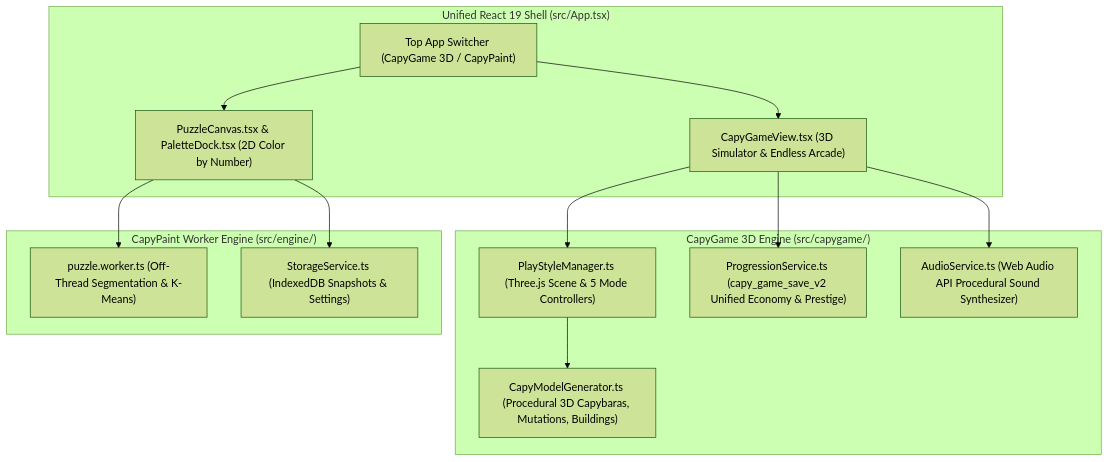
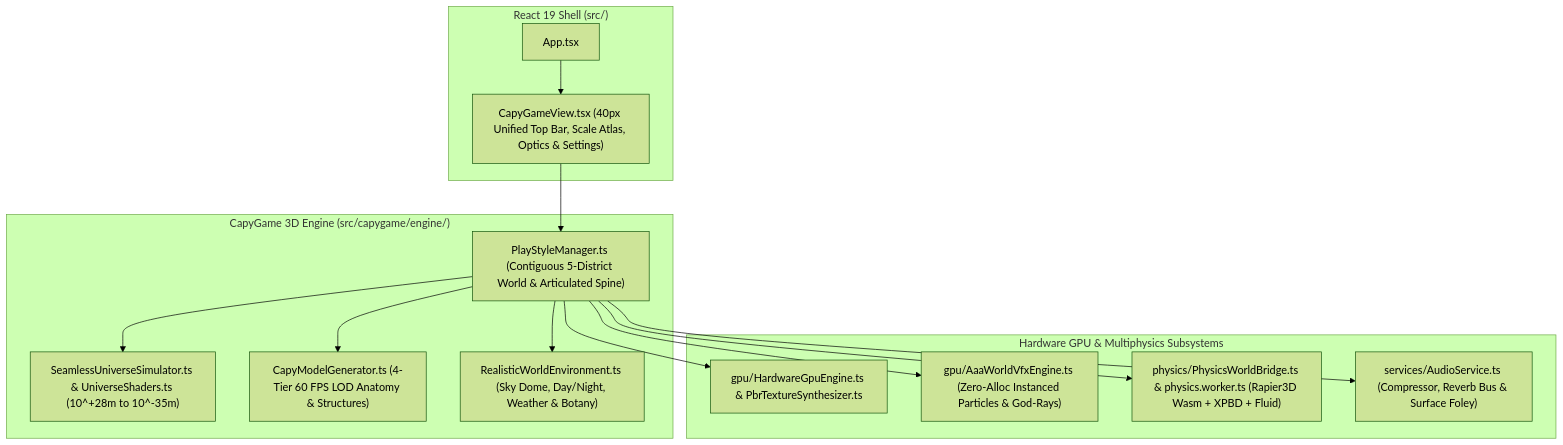
Before and after one commit to shthed/capygame: the diagram in README.md, drawn with Mermaid (forest theme). The commit also changed other lines of this file and 189 other files, not shown here.

````diff
--- a/README.md
+++ b/README.md
@@ -66,29 +48,31 @@
 ```mermaid
 graph TD
-  subgraph AppShell["Unified React 19 Shell (src/App.tsx)"]
-    SwitchBar["Top App Switcher (CapyGame 3D / CapyPaint)"]
-    GameView["CapyGameView.tsx (3D Simulator & Endless Arcade)"]
-    PaintView["PuzzleCanvas.tsx & PaletteDock.tsx (2D Color by Number)"]
+  subgraph ReactShell["React 19 Shell (src/)"]
+    App["App.tsx"]
+    View["CapyGameView.tsx (40px Unified Top Bar, Scale Atlas, Optics & Settings)"]
   end
 
-  subgraph CapyGameEngine["CapyGame 3D Engine (src/capygame/)"]
-    PSM["PlayStyleManager.ts (Three.js Scene & 5 Mode Controllers)"]
-    CMG["CapyModelGenerator.ts (Procedural 3D Capybaras, Mutations, Buildings)"]
-    PROG["ProgressionService.ts (capy_game_save_v2 Unified Economy & Prestige)"]
-    AUDIO["AudioService.ts (Web Audio API Procedural Sound Synthesizer)"]
+  subgraph EngineCore["CapyGame 3D Engine (src/capygame/engine/)"]
+    PSM["PlayStyleManager.ts (Contiguous 5-District World & Articulated Spine)"]
+    SUS["SeamlessUniverseSimulator.ts & UniverseShaders.ts (10^+28m to 10^-35m)"]
+    CMG["CapyModelGenerator.ts (4-Tier 60 FPS LOD Anatomy & Structures)"]
+    RWE["RealisticWorldEnvironment.ts (Sky Dome, Day/Night, Weather & Botany)"]
   end
 
-  subgraph CapyPaintEngine["CapyPaint Worker Engine (src/engine/)"]
-    PW["puzzle.worker.ts (Off-Thread Segmentation & K-Means)"]
-    SS["StorageService.ts (IndexedDB Snapshots & Settings)"]
+  subgraph GpuAndPhysics["Hardware GPU & Multiphysics Subsystems"]
+    GPU["gpu/HardwareGpuEngine.ts & PbrTextureSynthesizer.ts"]
+    VFX["gpu/AaaWorldVfxEngine.ts (Zero-Alloc Instanced Particles & God-Rays)"]
+    PHYS["physics/PhysicsWorldBridge.ts & physics.worker.ts (Rapier3D Wasm + XPBD + Fluid)"]
+    AUD["services/AudioService.ts (Compressor, Reverb Bus & Surface Foley)"]
   end
 
-  SwitchBar --> GameView
-  SwitchBar --> PaintView
-  GameView --> PSM
+  App --> View
+  View --> PSM
+  PSM --> SUS
   PSM --> CMG
-  GameView --> PROG
-  GameView --> AUDIO
-  PaintView --> PW
-  PaintView --> SS
+  PSM --> RWE
+  PSM --> GPU
+  PSM --> VFX
+  PSM --> PHYS
+  PSM --> AUD
 ```
````
